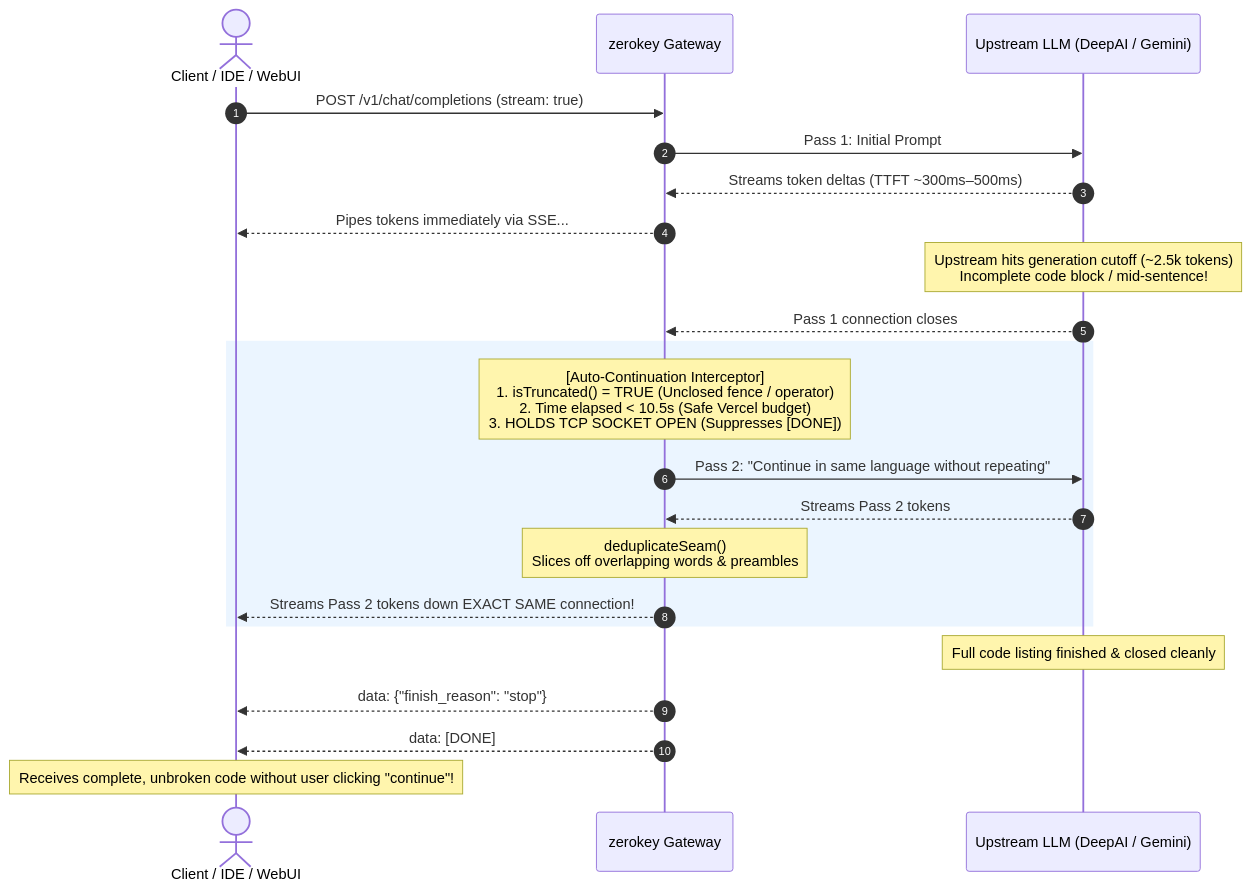
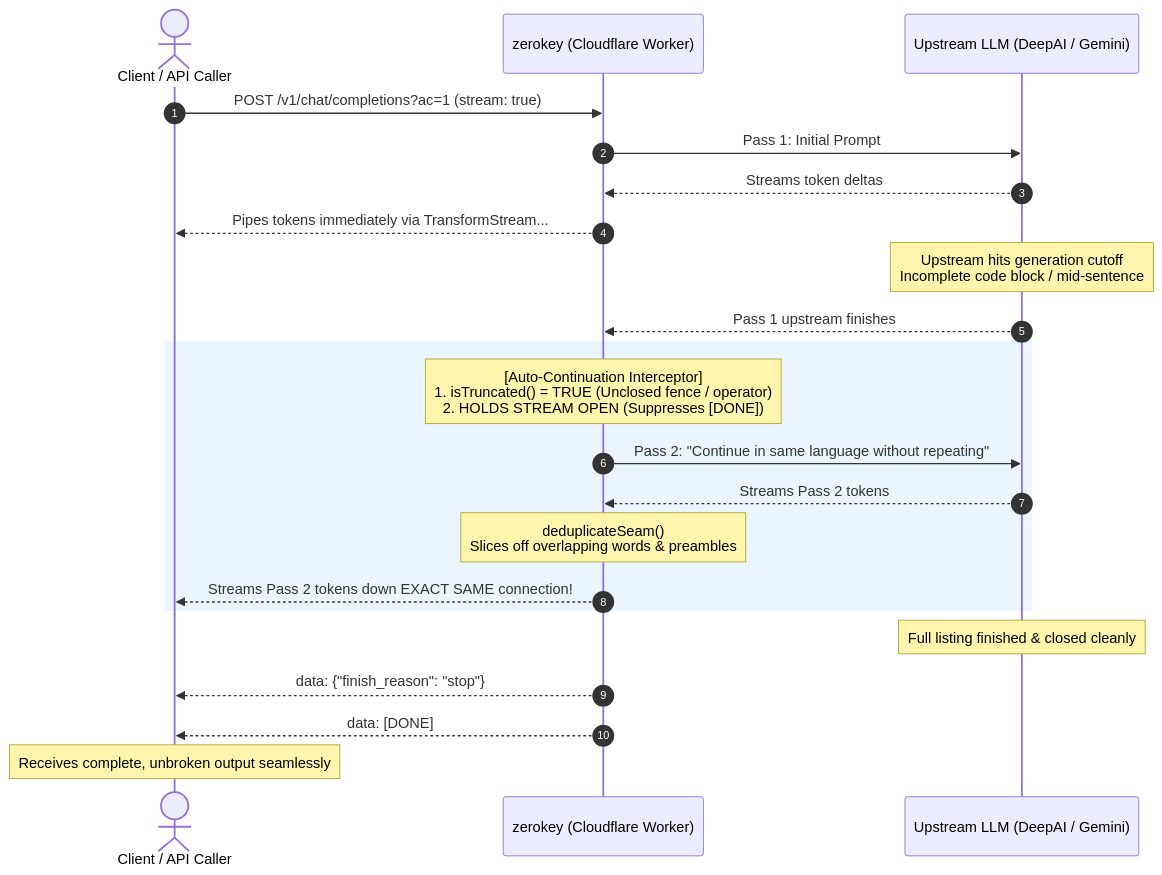
One commit to hauvuyawi-lab/zerokey changed the second of 2 diagrams in README.md. Above: the diagram before and after it, drawn with Mermaid. The commit also changed other lines of this file and 26 other files, not shown here.

Commit message:
migrate to cloudflare workers and make auto-continue opt-in via query param

````diff
--- a/README.md
+++ b/README.md
@@ -70,27 +69,27 @@
 ```mermaid
 sequenceDiagram
     autonumber
-    actor Client as Client / IDE / WebUI
-    participant Gateway as zerokey Gateway
+    actor Client as Client / API Caller
+    participant Gateway as zerokey (Cloudflare Worker)
     participant Upstream as Upstream LLM (DeepAI / Gemini)
 
-    Client->>Gateway: POST /v1/chat/completions (stream: true)
+    Client->>Gateway: POST /v1/chat/completions?ac=1 (stream: true)
     Gateway->>Upstream: Pass 1: Initial Prompt
-    Upstream-->>Gateway: Streams token deltas (TTFT ~300ms–500ms)
-    Gateway-->>Client: Pipes tokens immediately via SSE...
-    Note over Upstream: Upstream hits generation cutoff (~2.5k tokens)<br/>Incomplete code block / mid-sentence!
-    Upstream-->>Gateway: Pass 1 connection closes
+    Upstream-->>Gateway: Streams token deltas
+    Gateway-->>Client: Pipes tokens immediately via TransformStream...
+    Note over Upstream: Upstream hits generation cutoff<br/>Incomplete code block / mid-sentence
+    Upstream-->>Gateway: Pass 1 upstream finishes
 
     rect rgb(235, 245, 255)
-        Note over Gateway: [Auto-Continuation Interceptor]<br/>1. isTruncated() = TRUE (Unclosed fence / operator)<br/>2. Time elapsed < 10.5s (Safe Vercel budget)<br/>3. HOLDS TCP SOCKET OPEN (Suppresses [DONE])
+        Note over Gateway: [Auto-Continuation Interceptor]<br/>1. isTruncated() = TRUE (Unclosed fence / operator)<br/>2. HOLDS STREAM OPEN (Suppresses [DONE])
         Gateway->>Upstream: Pass 2: "Continue in same language without repeating"
         Upstream-->>Gateway: Streams Pass 2 tokens
         Note over Gateway: deduplicateSeam()<br/>Slices off overlapping words & preambles
         Gateway-->>Client: Streams Pass 2 tokens down EXACT SAME connection!
     end
 
-    Note over Upstream: Full code listing finished & closed cleanly
+    Note over Upstream: Full listing finished & closed cleanly
     Gateway-->>Client: data: {"finish_reason": "stop"}
     Gateway-->>Client: data: [DONE]
-    Note over Client: Receives complete, unbroken code without user clicking "continue"!
+    Note over Client: Receives complete, unbroken output seamlessly
 ```
````
